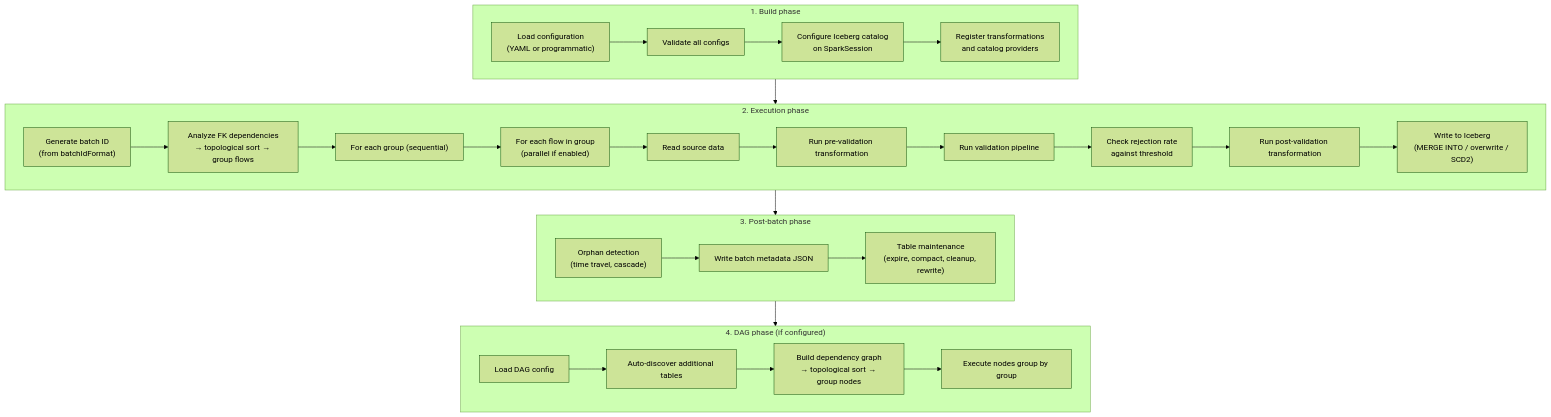
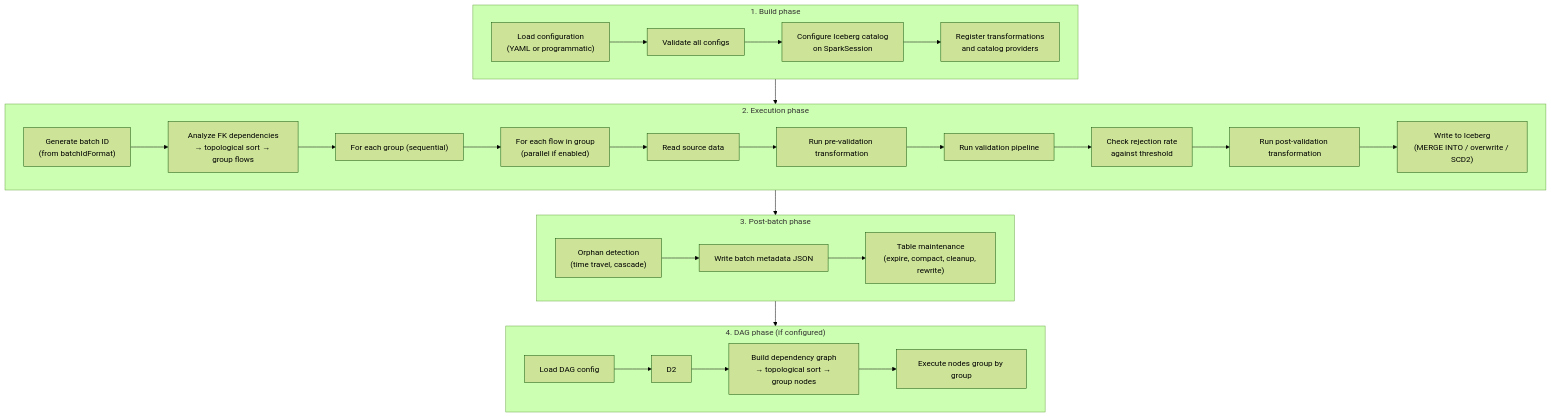
One commit to giacomoaccursi/Floe changed the diagram in site-docs/architecture/execution-model.md. Above: the diagram before and after it, drawn with Mermaid (forest theme). The commit also changed 4 other files, not shown here.

````diff
--- a/site-docs/architecture/execution-model.md
+++ b/site-docs/architecture/execution-model.md
@@ -74,42 +74,41 @@
 ```mermaid
 graph TD
     subgraph Phase1["1. Build phase"]
         B1["Load configuration<br/>(YAML or programmatic)"]
         B2["Validate all configs"]
         B3["Configure Iceberg catalog<br/>on SparkSession"]
         B4["Register transformations<br/>and catalog providers"]
         B1 --> B2 --> B3 --> B4
     end
 
     subgraph Phase2["2. Execution phase"]
         E1["Generate batch ID<br/>(from batchIdFormat)"]
         E2["Analyze FK dependencies<br/>→ topological sort → group flows"]
         E3["For each group (sequential)"]
         E4["For each flow in group<br/>(parallel if enabled)"]
         E5["Read source data"]
         E6["Run pre-validation transformation"]
         E7["Run validation pipeline"]
         E8["Check rejection rate<br/>against threshold"]
         E9["Run post-validation transformation"]
         E10["Write to Iceberg<br/>(MERGE INTO / overwrite / SCD2)"]
         E1 --> E2 --> E3 --> E4
         E4 --> E5 --> E6 --> E7 --> E8 --> E9 --> E10
     end
 
     subgraph Phase3["3. Post-batch phase"]
         P1["Orphan detection<br/>(time travel, cascade)"]
         P2["Write batch metadata JSON"]
         P3["Table maintenance<br/>(expire, compact, cleanup, rewrite)"]
         P1 --> P2 --> P3
     end
 
     subgraph Phase4["4. DAG phase (if configured)"]
         D1["Load DAG config"]
-        D2["Auto-discover additional tables"]
         D3["Build dependency graph<br/>→ topological sort → group nodes"]
         D4["Execute nodes group by group"]
         D1 --> D2 --> D3 --> D4
     end
 
     Phase1 --> Phase2 --> Phase3 --> Phase4
 ```
````
